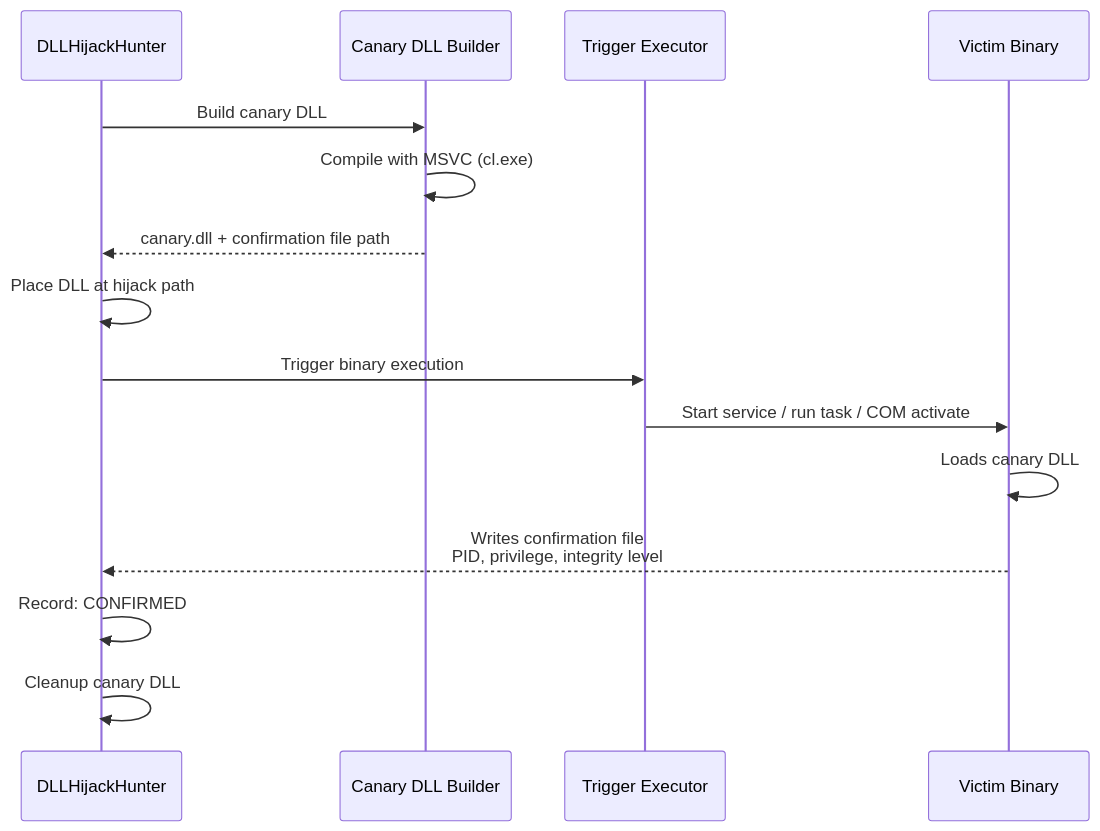
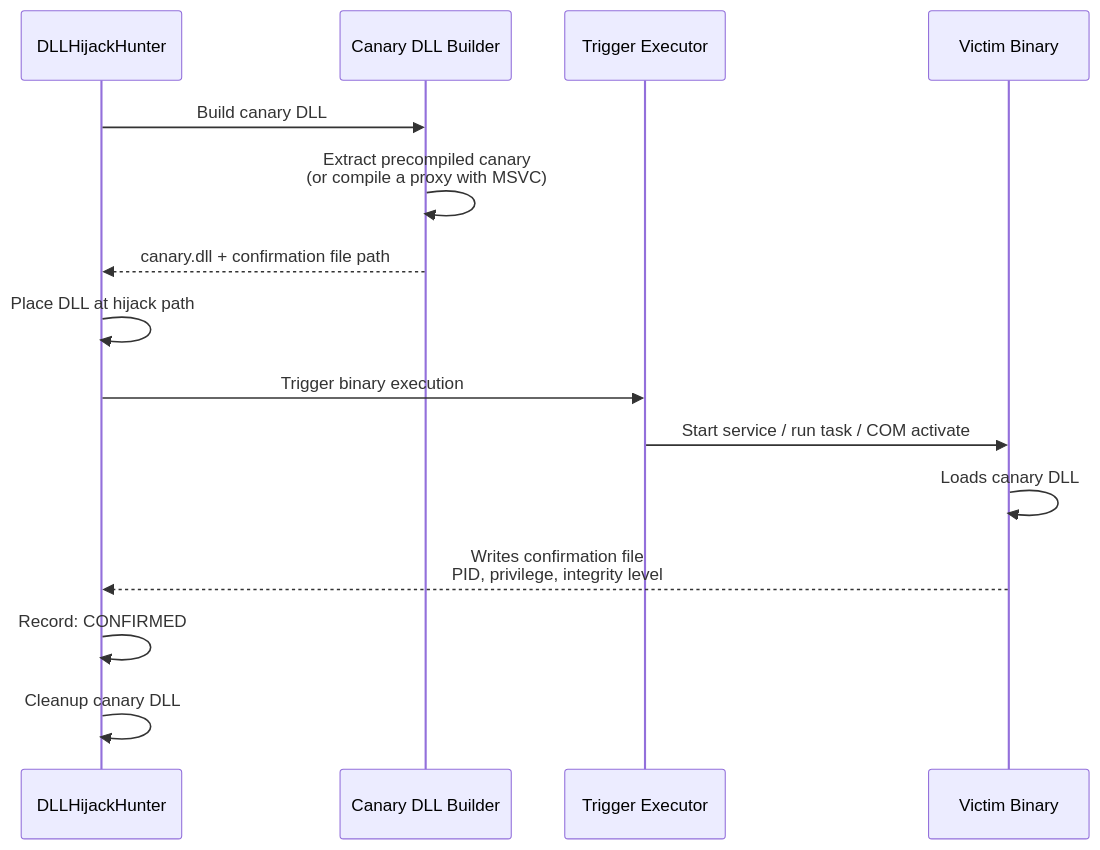
Before and after one commit to ghostvectoracademy/DLLHijackHunter: the second of 2 diagrams in README.md, drawn with Mermaid. The commit also changed other lines of this file and 8 other files, not shown here.

First line of the commit message:
feat(canary): embed precompiled dual-arch self-locating canaries (D2)

````diff
--- a/README.md
+++ b/README.md
@@ -127,18 +127,18 @@
 ```mermaid
 sequenceDiagram
     participant H as DLLHijackHunter
     participant B as Canary DLL Builder
     participant T as Trigger Executor
     participant V as Victim Binary
 
     H->>B: Build canary DLL
-    B->>B: Compile with MSVC (cl.exe)
+    B->>B: Extract precompiled canary<br/>(or compile a proxy with MSVC)
     B-->>H: canary.dll + confirmation file path
     H->>H: Place DLL at hijack path
     H->>T: Trigger binary execution
     T->>V: Start service / run task / COM activate
     V->>V: Loads canary DLL
     V-->>H: Writes confirmation file<br/>PID, privilege, integrity level
     H->>H: Record: CONFIRMED
     H->>H: Cleanup canary DLL
 ```
````
